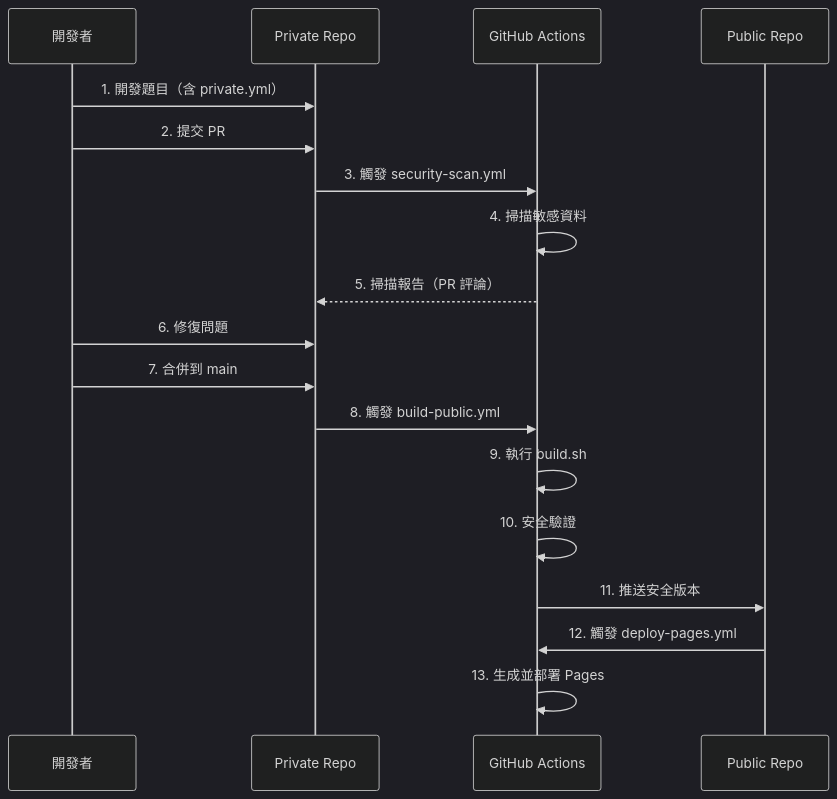
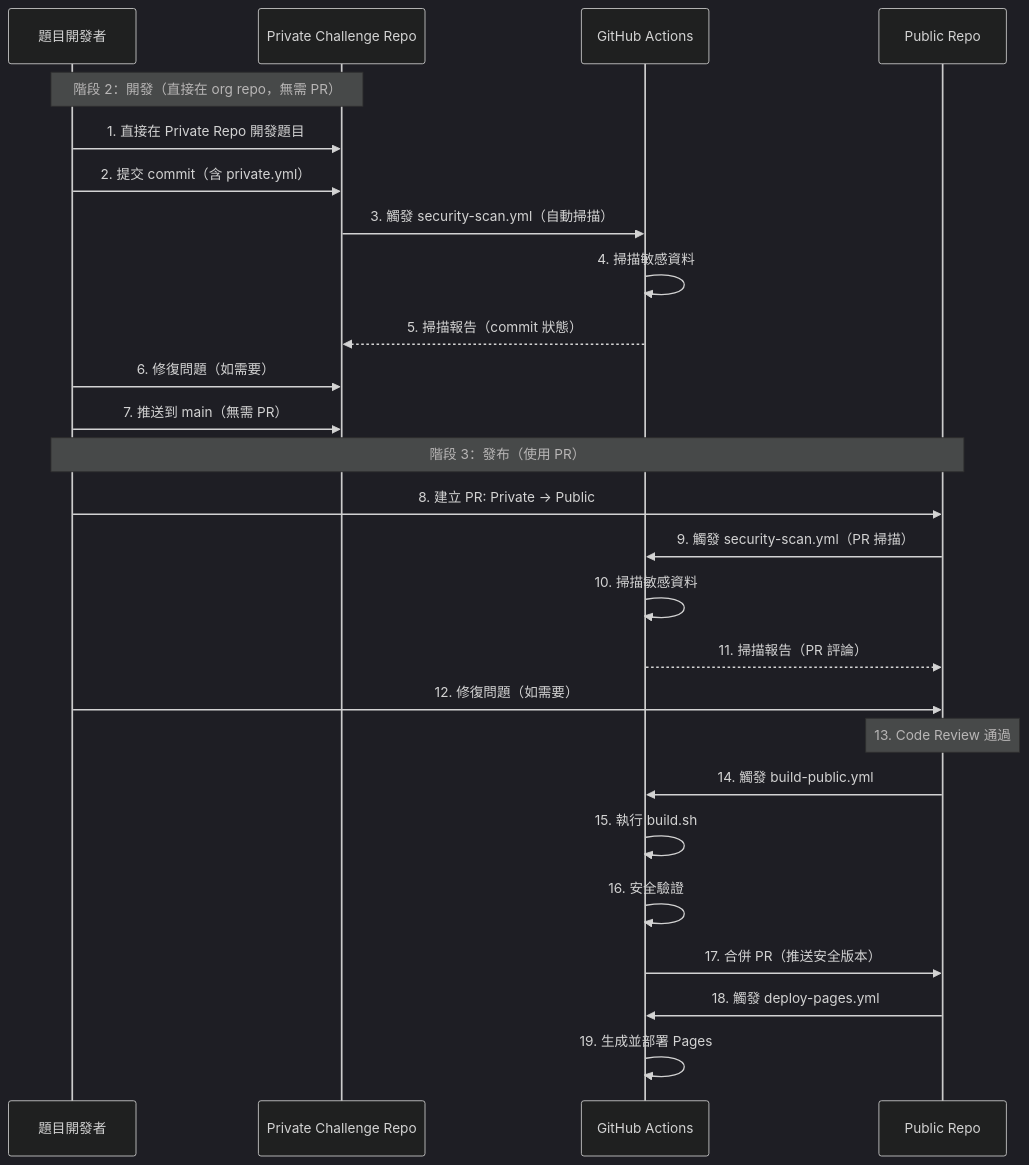
Before and after one commit to is1ab/is1ab-CTF-template: the second of 2 diagrams in docs/security-workflow-guide.md, drawn with Mermaid (dark theme). The commit also changed other lines of this file and 7 other files, not shown here.

````diff
--- a/docs/security-workflow-guide.md
+++ b/docs/security-workflow-guide.md
@@ -489,21 +496,30 @@
 ```mermaid
 sequenceDiagram
-    participant Dev as 開發者
-    participant Private as Private Repo
+    participant Dev as 題目開發者
+    participant Private as Private Challenge Repo
     participant Actions as GitHub Actions
     participant Public as Public Repo
 
-    Dev->>Private: 1. 開發題目（含 private.yml）
-    Dev->>Private: 2. 提交 PR
-    Private->>Actions: 3. 觸發 security-scan.yml
+    Note over Dev,Private: 階段 2：開發（直接在 org repo，無需 PR）
+    Dev->>Private: 1. 直接在 Private Repo 開發題目
+    Dev->>Private: 2. 提交 commit（含 private.yml）
+    Private->>Actions: 3. 觸發 security-scan.yml（自動掃描）
     Actions->>Actions: 4. 掃描敏感資料
-    Actions-->>Private: 5. 掃描報告（PR 評論）
-    Dev->>Private: 6. 修復問題
-    Dev->>Private: 7. 合併到 main
-    Private->>Actions: 8. 觸發 build-public.yml
-    Actions->>Actions: 9. 執行 build.sh
-    Actions->>Actions: 10. 安全驗證
-    Actions->>Public: 11. 推送安全版本
-    Public->>Actions: 12. 觸發 deploy-pages.yml
-    Actions->>Actions: 13. 生成並部署 Pages
+    Actions-->>Private: 5. 掃描報告（commit 狀態）
+    Dev->>Private: 6. 修復問題（如需要）
+    Dev->>Private: 7. 推送到 main（無需 PR）
+    
+    Note over Dev,Public: 階段 3：發布（使用 PR）
+    Dev->>Public: 8. 建立 PR: Private → Public
+    Public->>Actions: 9. 觸發 security-scan.yml（PR 掃描）
+    Actions->>Actions: 10. 掃描敏感資料
+    Actions-->>Public: 11. 掃描報告（PR 評論）
+    Dev->>Public: 12. 修復問題（如需要）
+    Note over Public: 13. Code Review 通過
+    Public->>Actions: 14. 觸發 build-public.yml
+    Actions->>Actions: 15. 執行 build.sh
+    Actions->>Actions: 16. 安全驗證
+    Actions->>Public: 17. 合併 PR（推送安全版本）
+    Public->>Actions: 18. 觸發 deploy-pages.yml
+    Actions->>Actions: 19. 生成並部署 Pages
 ```
````
